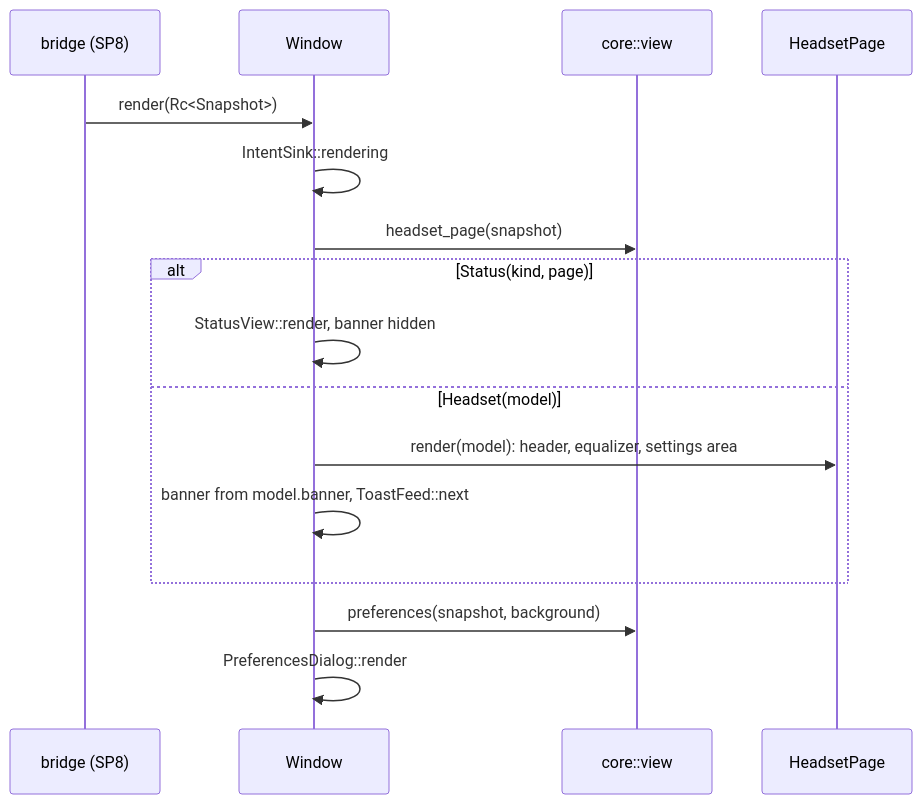
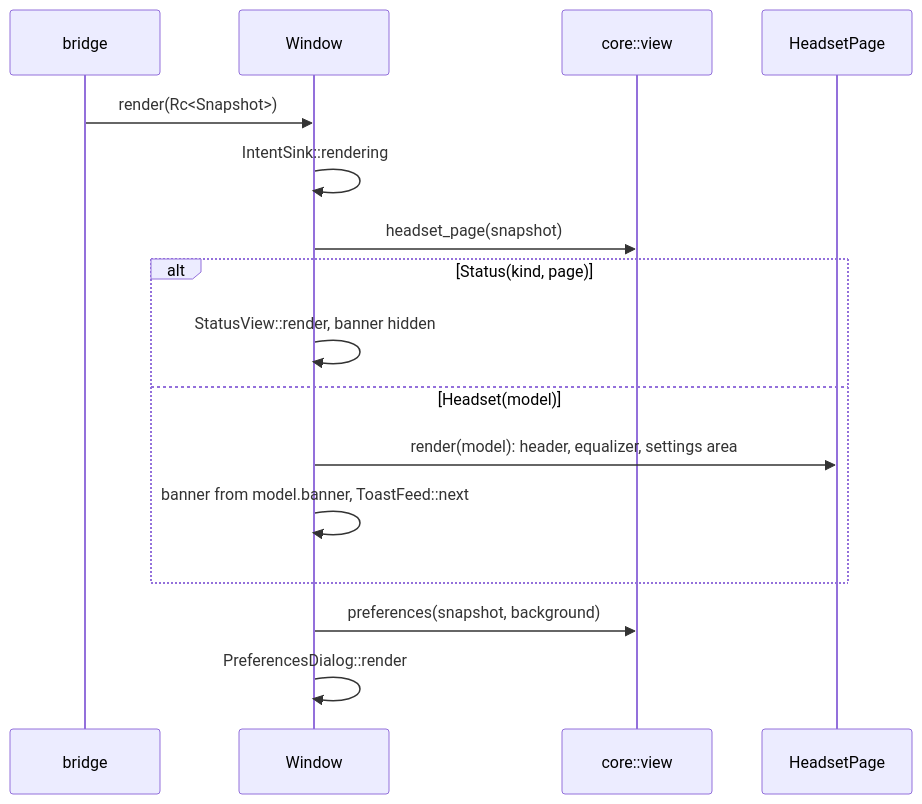
Before and after one commit to marcelogm/arctis-companion: the second of 3 diagrams in docs/architecture/ui.md, drawn with Mermaid. The commit also changed other lines of this file and 48 other files, not shown here.

````diff
--- a/docs/architecture/ui.md
+++ b/docs/architecture/ui.md
@@ -45,18 +45,18 @@
 ```mermaid
 sequenceDiagram
-    participant B as bridge (SP8)
+    participant B as bridge
     participant W as Window
     participant V as core::view
     participant P as HeadsetPage
     B->>W: render(Rc<Snapshot>)
     W->>W: IntentSink::rendering
     W->>V: headset_page(snapshot)
     alt Status(kind, page)
         W->>W: StatusView::render, banner hidden
     else Headset(model)
         W->>P: render(model): header, equalizer, settings area
         W->>W: banner from model.banner, ToastFeed::next
     end
     W->>V: preferences(snapshot, background)
     W->>W: PreferencesDialog::render
 ```
````
